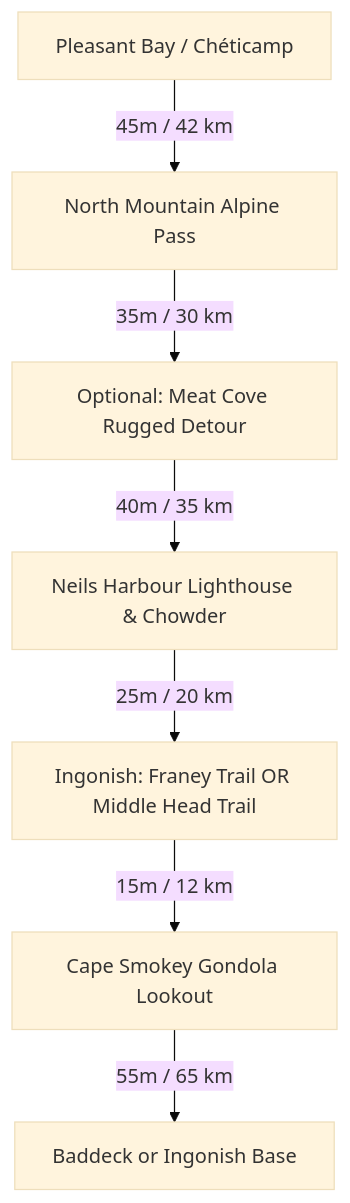
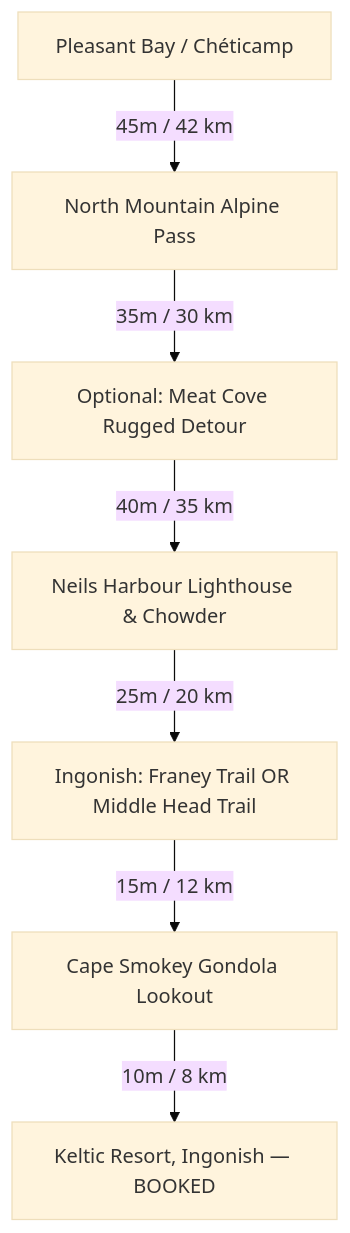
Before and after one commit to iammzz/novascotia-2026: the diagram in docs/day3_northern_eastern_cabot_trail.md, drawn with Mermaid (base theme). The commit also changed other lines of this file and 8 other files, not shown here.

Commit message:
Load Keltic Resort booking (Mon Oct 12, Ingonish, Res #27835, $324.43); Day 3 ends at Keltic, Day 4 starts there; drop Uisge Ban/Gaelic College from Day 4

````diff
--- a/docs/day3_northern_eastern_cabot_trail.md
+++ b/docs/day3_northern_eastern_cabot_trail.md
@@ -30,9 +30,9 @@
 ```mermaid
 graph TD
     A[Pleasant Bay / Chéticamp] -->|45m / 42 km| B[North Mountain Alpine Pass]
     B -->|35m / 30 km| C[Optional: Meat Cove Rugged Detour]
     C -->|40m / 35 km| D[Neils Harbour Lighthouse & Chowder]
     D -->|25m / 20 km| E[Ingonish: Franey Trail OR Middle Head Trail]
     E -->|15m / 12 km| F[Cape Smokey Gondola Lookout]
-    F -->|55m / 65 km| G[Baddeck or Ingonish Base]
+    F -->|10m / 8 km| G[Keltic Resort, Ingonish — BOOKED]
 ```
````
